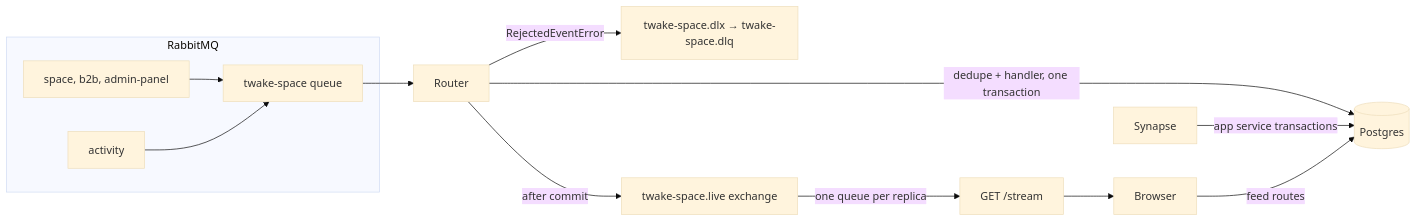
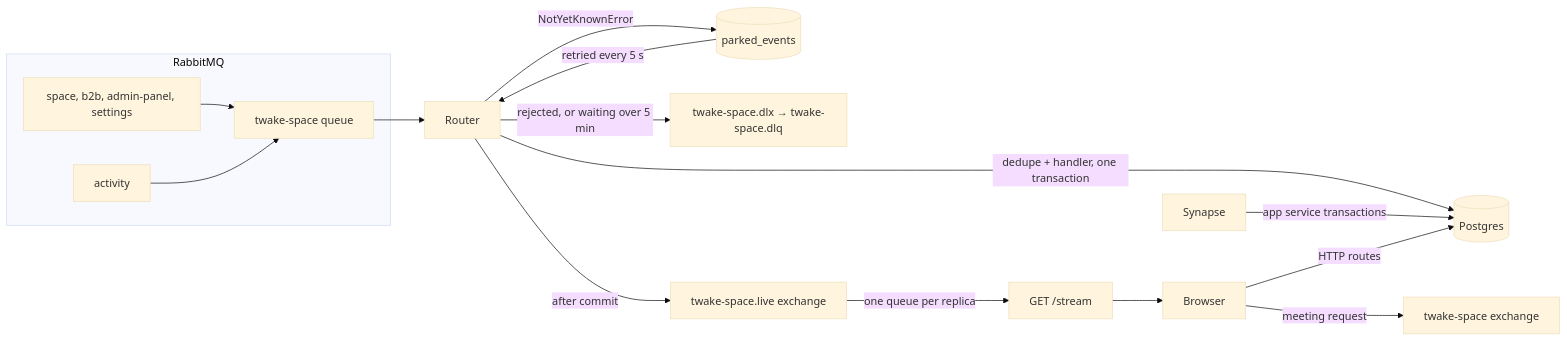
The first of 5 diagrams in docs/events.md (linagora/twake-space), drawn with Mermaid (base theme) before and after one commit. The commit also changed other lines of this file and 5 other files, not shown here.

````diff
--- a/docs/events.md
+++ b/docs/events.md
@@ -16,18 +16,21 @@
 ```mermaid
 flowchart LR
   subgraph RabbitMQ
-    P["space, b2b, admin-panel"]
+    P["space, b2b, admin-panel, settings"]
     A[activity]
     Q[twake-space queue]
   end
   P --> Q
   A --> Q
   Q --> R[Router]
   R -->|dedupe + handler, one transaction| PG[(Postgres)]
-  R -->|RejectedEventError| DLQ["twake-space.dlx → twake-space.dlq"]
+  R -->|NotYetKnownError| PE[(parked_events)]
+  PE -->|retried every 5 s| R
+  R -->|rejected, or waiting over 5 min| DLQ["twake-space.dlx → twake-space.dlq"]
   R -->|after commit| L[twake-space.live exchange]
   L -->|one queue per replica| SSE[GET /stream]
   MX[Synapse] -->|app service transactions| PG
   SSE --> B[Browser]
-  B -->|feed routes| PG
+  B -->|HTTP routes| PG
+  B -->|meeting request| M[twake-space exchange]
 ```
````
